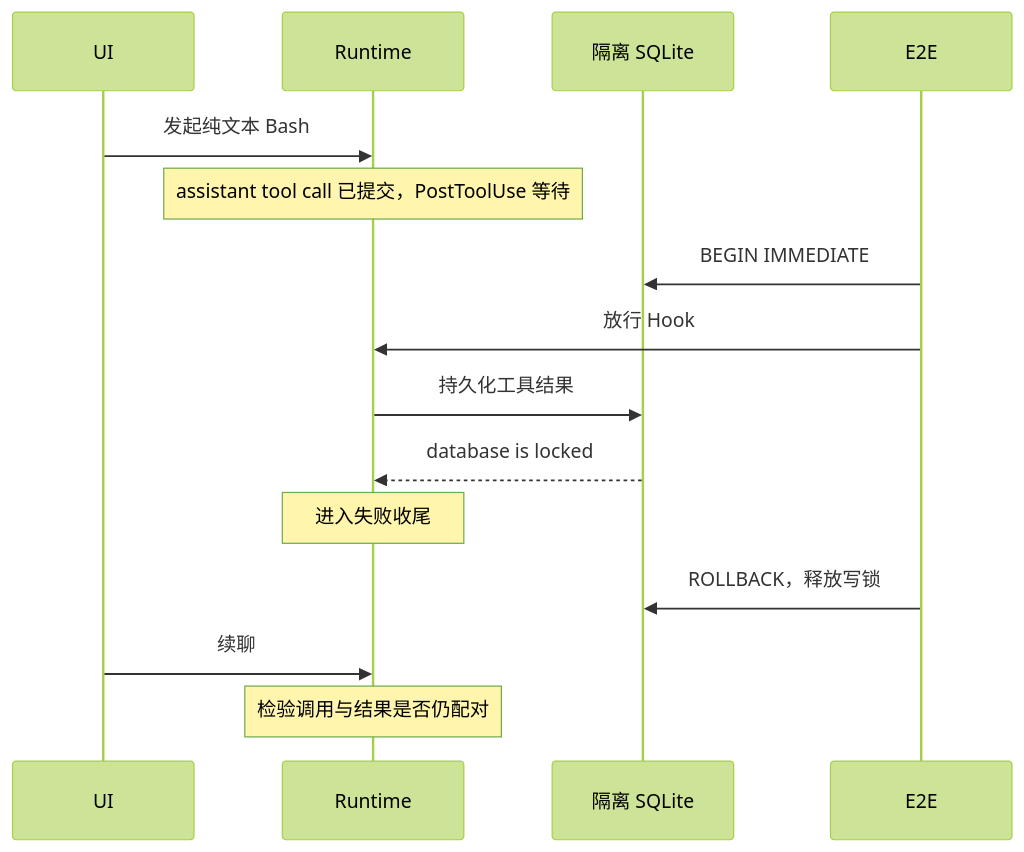
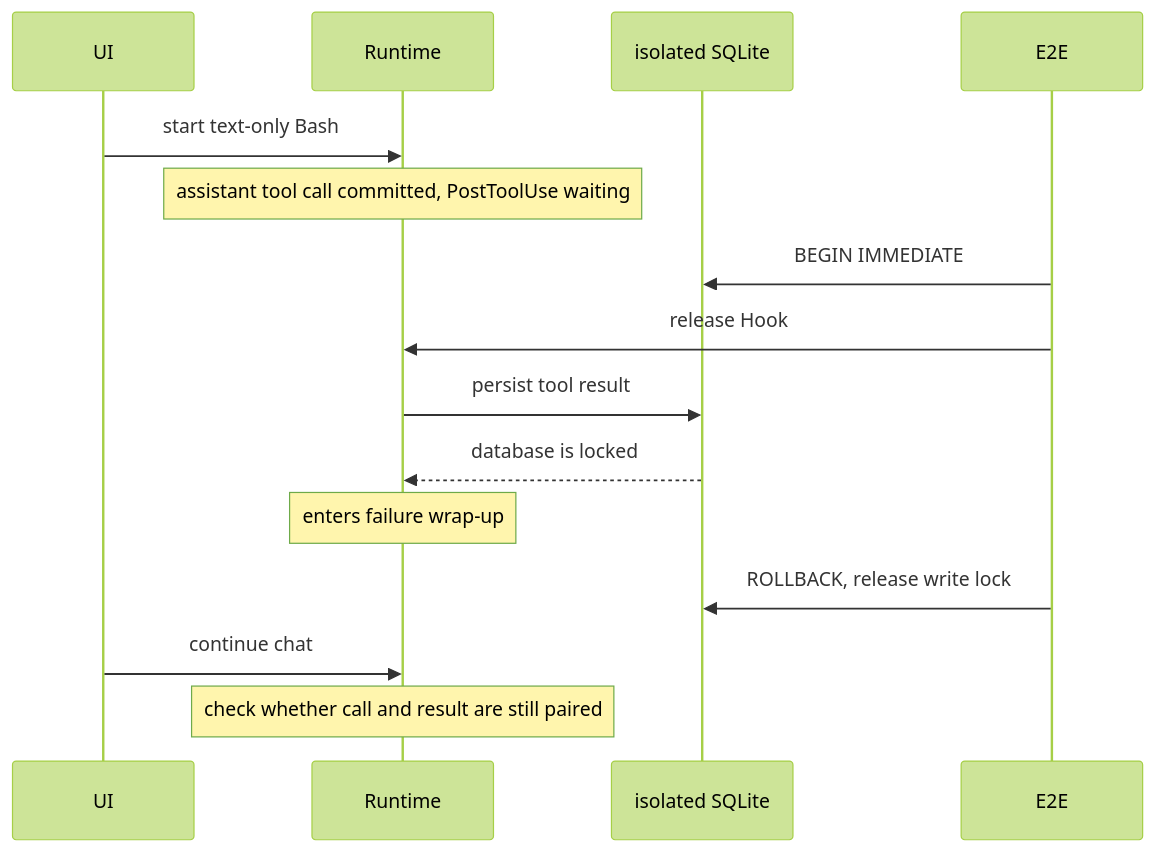
One commit to osben/ZCode changed the second of 3 diagrams in docs/testing/stop-tool-results-reproduction.md. Above: the diagram before and after it, drawn with Mermaid (forest theme). The commit also changed other lines of this file and 17 other files, not shown here.

````diff
--- a/docs/testing/stop-tool-results-reproduction.md
+++ b/docs/testing/stop-tool-results-reproduction.md
@@ -50,17 +50,17 @@
 ```mermaid
 sequenceDiagram
     participant UI
     participant Runtime
-    participant DB as 隔离 SQLite
+    participant DB as isolated SQLite
     participant Test as E2E
-    UI->>Runtime: 发起纯文本 Bash
-    Note over Runtime: assistant tool call 已提交，PostToolUse 等待
+    UI->>Runtime: start text-only Bash
+    Note over Runtime: assistant tool call committed, PostToolUse waiting
     Test->>DB: BEGIN IMMEDIATE
-    Test->>Runtime: 放行 Hook
-    Runtime->>DB: 持久化工具结果
+    Test->>Runtime: release Hook
+    Runtime->>DB: persist tool result
     DB-->>Runtime: database is locked
-    Note over Runtime: 进入失败收尾
-    Test->>DB: ROLLBACK，释放写锁
-    UI->>Runtime: 续聊
-    Note over Runtime: 检验调用与结果是否仍配对
+    Note over Runtime: enters failure wrap-up
+    Test->>DB: ROLLBACK, release write lock
+    UI->>Runtime: continue chat
+    Note over Runtime: check whether call and result are still paired
 ```
````
